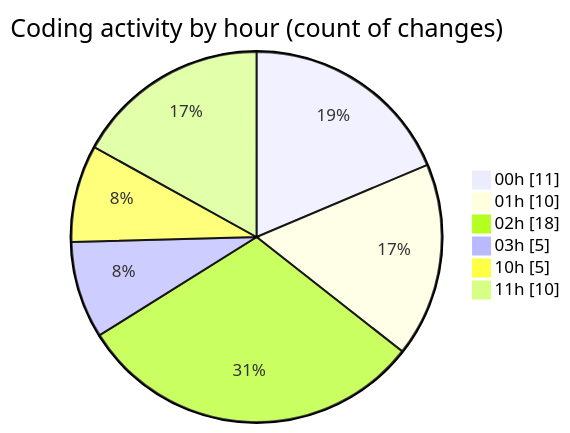
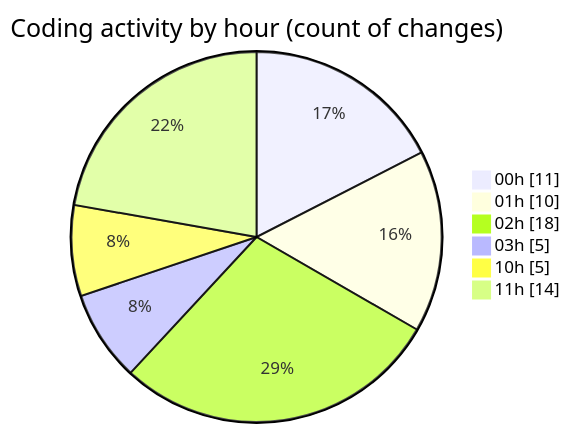
Before and after one commit to julien-gomy/code-tracking: the second of 2 diagrams in 2025-11-02/cdp_aleoudev_fr__workspace_/README.md, drawn with Mermaid. The commit also changed other lines of this file and 1 other file, not shown here.

````diff
--- a/2025-11-02/cdp_aleoudev_fr__workspace_/README.md
+++ b/2025-11-02/cdp_aleoudev_fr__workspace_/README.md
@@ -33,10 +33,10 @@
 ```mermaid
 pie showData
 title Coding activity by hour (count of changes)
 "00h" : 11
 "01h" : 10
 "02h" : 18
 "03h" : 5
 "10h" : 5
-"11h" : 10
+"11h" : 14
 ```
````
